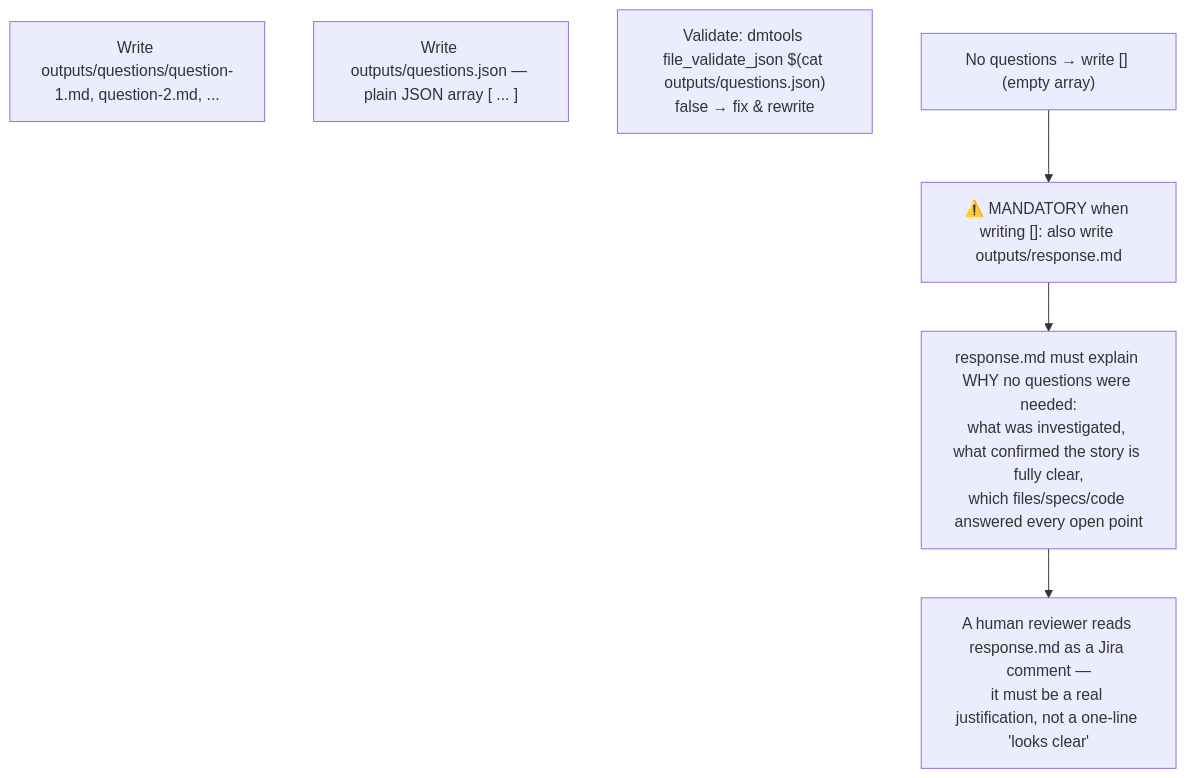
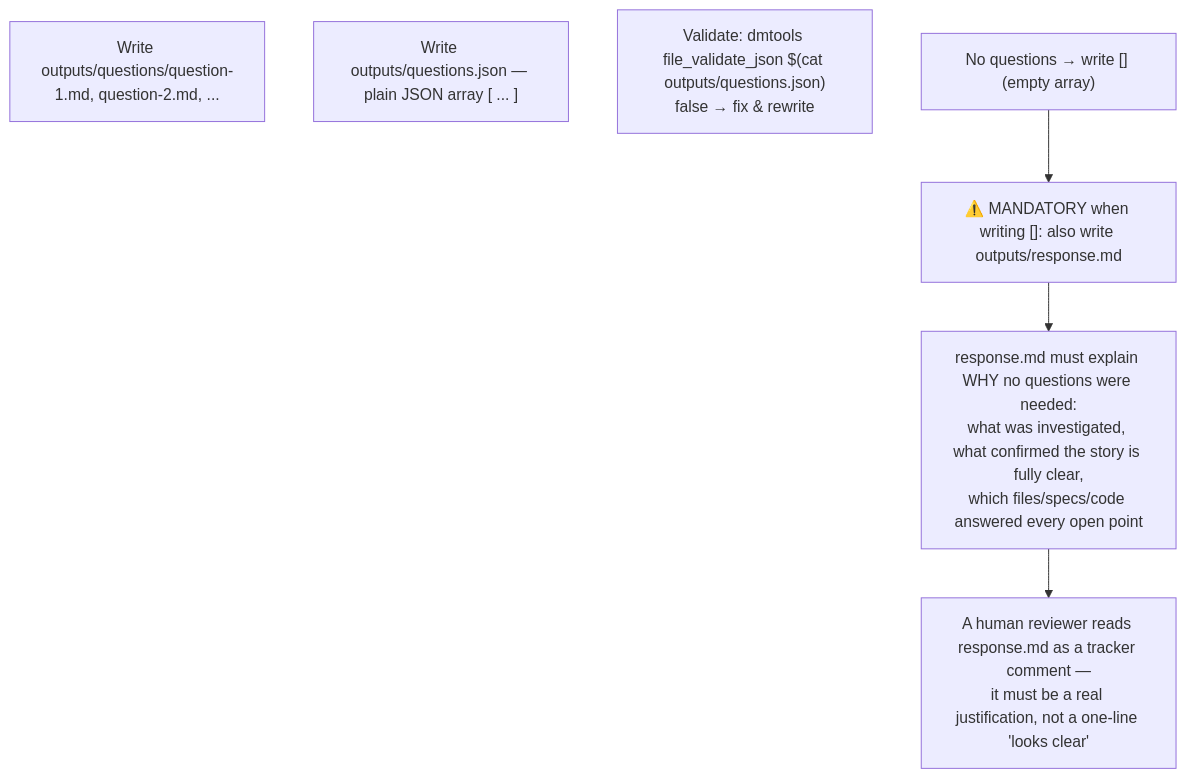
The diagram in instructions/story_questions/output_rules.md (IstiN/dmtools-agents), drawn with Mermaid before and after one commit. The commit also changed 32 other files, not shown here.

````diff
--- a/instructions/story_questions/output_rules.md
+++ b/instructions/story_questions/output_rules.md
@@ -1,10 +1,10 @@
 ```mermaid
 flowchart TD
     O1["Write outputs/questions/question-1.md, question-2.md, ..."]
     O2["Write outputs/questions.json — plain JSON array [ ... ]"]
     O3["Validate: dmtools file_validate_json $(cat outputs/questions.json)<br/>false → fix & rewrite"]
     O4["No questions → write [] (empty array)"]
     O4 --> O5["⚠️ MANDATORY when writing []: also write outputs/response.md"]
     O5 --> O6["response.md must explain WHY no questions were needed:<br/>what was investigated, what confirmed the story is fully clear,<br/>which files/specs/code answered every open point"]
-    O6 --> O7["A human reviewer reads response.md as a Jira comment —<br/>it must be a real justification, not a one-line 'looks clear'"]
+    O6 --> O7["A human reviewer reads response.md as a tracker comment —<br/>it must be a real justification, not a one-line 'looks clear'"]
 ```
````
